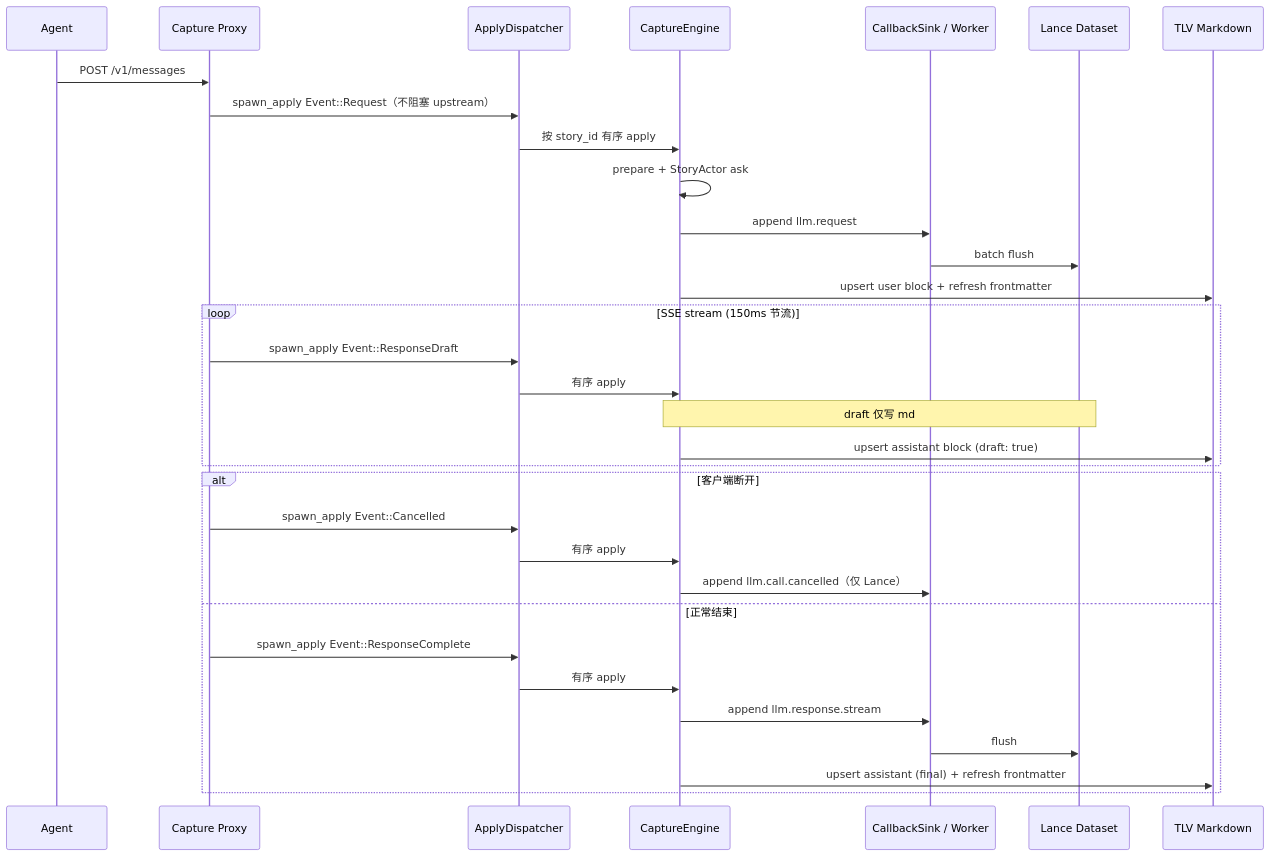
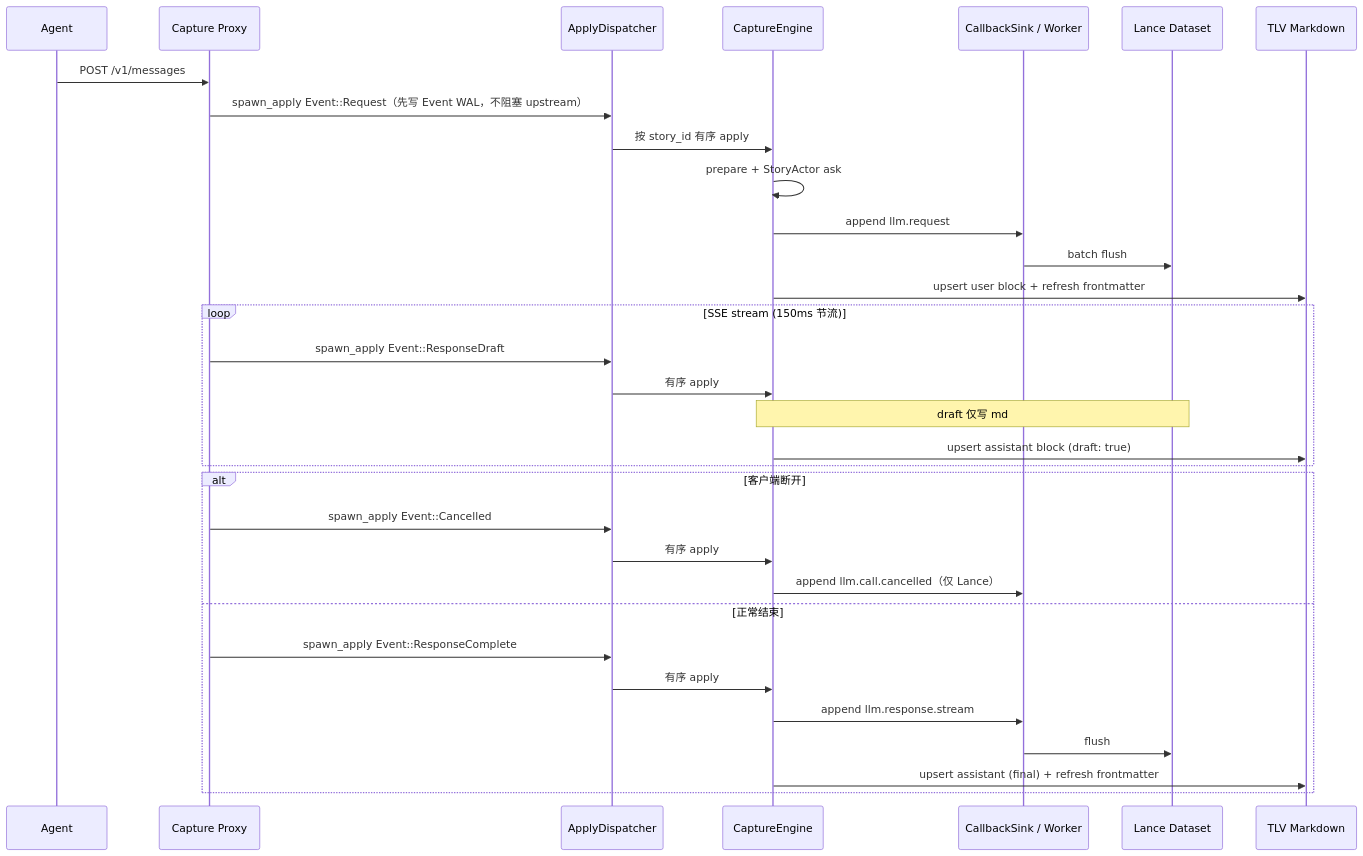
One commit to DeepLink-org/Persisting changed the second of 5 diagrams in docs/src/design/trajectory_storage.zh.md. Above: the diagram before and after it, drawn with Mermaid. The commit also changed other lines of this file and 77 other files, not shown here.

````diff
--- a/docs/src/design/trajectory_storage.zh.md
+++ b/docs/src/design/trajectory_storage.zh.md
@@ -105,38 +105,38 @@
 ```mermaid
 sequenceDiagram
     participant Agent
     participant Proxy as Capture Proxy
     participant Queue as ApplyDispatcher
     participant Engine as CaptureEngine
     participant Sink as CallbackSink / Worker
     participant Lance as Lance Dataset
     participant MD as TLV Markdown
 
     Agent->>Proxy: POST /v1/messages
 
-    Proxy->>Queue: spawn_apply Event::Request（不阻塞 upstream）
+    Proxy->>Queue: spawn_apply Event::Request（先写 Event WAL，不阻塞 upstream）
     Queue->>Engine: 按 story_id 有序 apply
     Engine->>Engine: prepare + StoryActor ask
     Engine->>Sink: append llm.request
     Sink->>Lance: batch flush
     Engine->>MD: upsert user block + refresh frontmatter
 
     loop SSE stream (150ms 节流)
         Proxy->>Queue: spawn_apply Event::ResponseDraft
         Queue->>Engine: 有序 apply
         Note over Engine,Lance: draft 仅写 md
         Engine->>MD: upsert assistant block (draft: true)
     end
 
     alt 客户端断开
         Proxy->>Queue: spawn_apply Event::Cancelled
         Queue->>Engine: 有序 apply
         Engine->>Sink: append llm.call.cancelled（仅 Lance）
     else 正常结束
         Proxy->>Queue: spawn_apply Event::ResponseComplete
         Queue->>Engine: 有序 apply
         Engine->>Sink: append llm.response.stream
         Sink->>Lance: flush
         Engine->>MD: upsert assistant (final) + refresh frontmatter
     end
 ```
````
